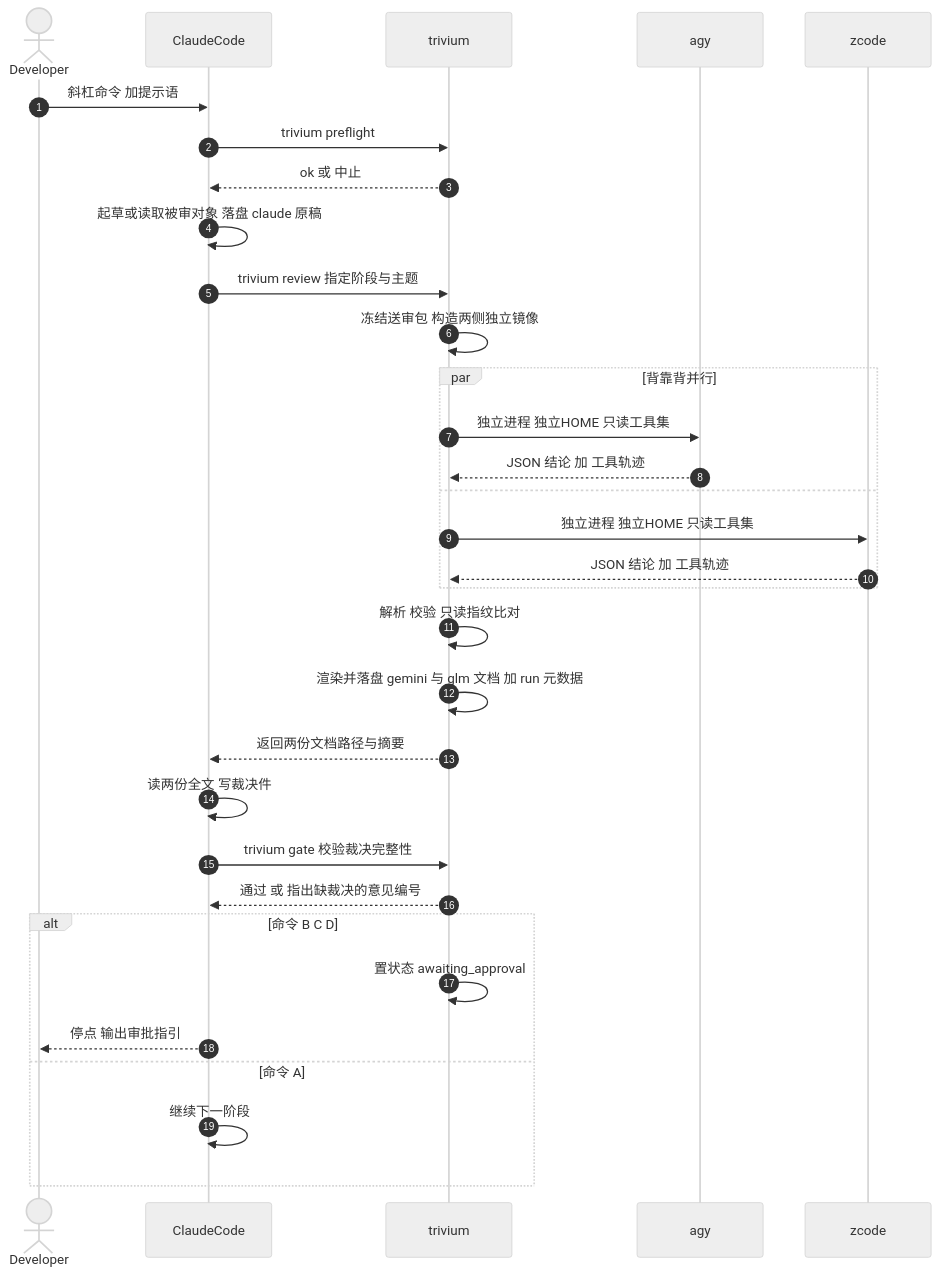
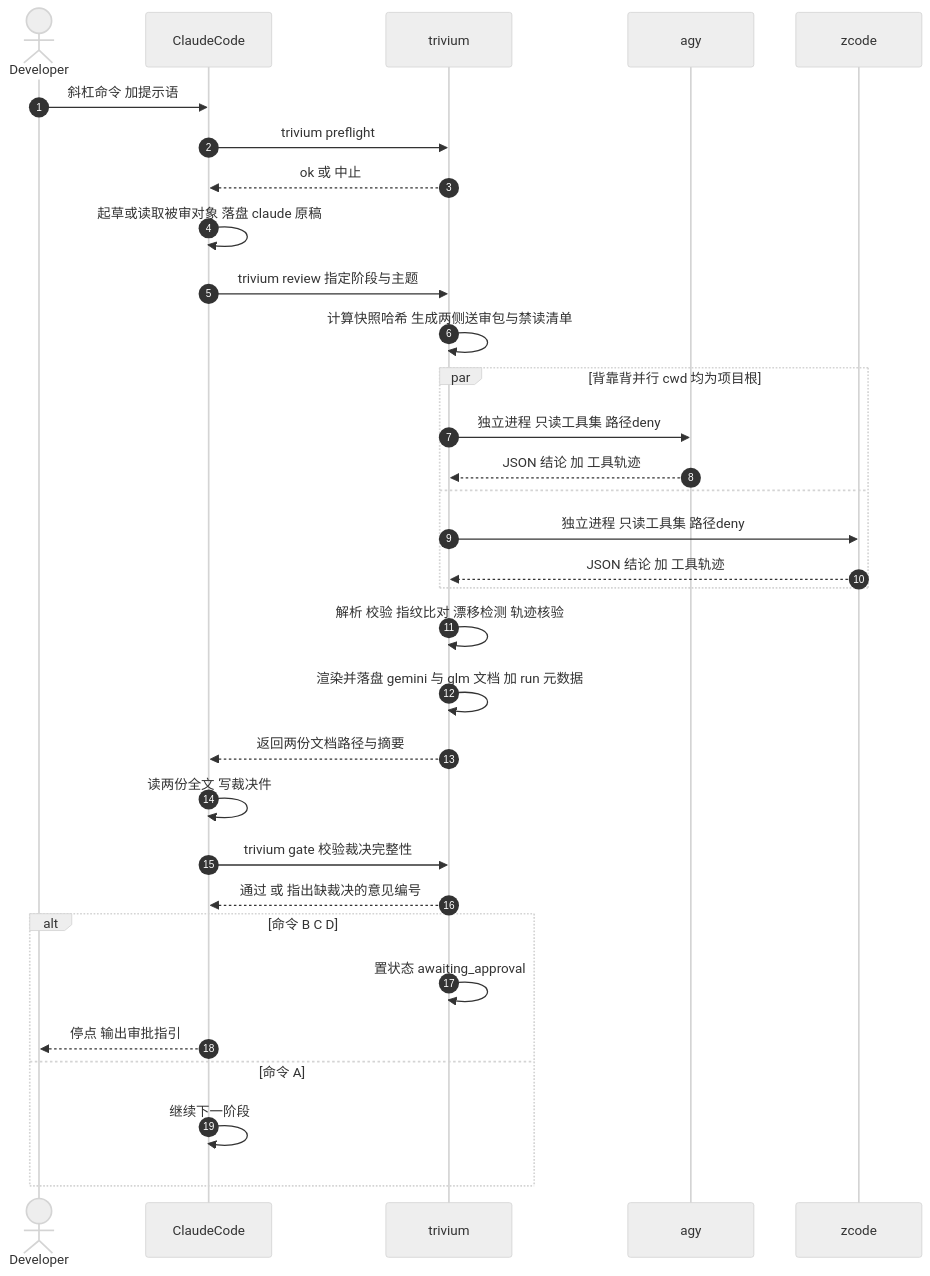
Before and after one commit to striver2006/TriviumCode: the second of 4 diagrams in doc/02_design/2026-09-10-Driver-DualCritic主攻双审流水线设计-claude.md, drawn with Mermaid (neutral theme). The commit also changed other lines of this file and 5 other files, not shown here.

````diff
--- a/doc/02_design/2026-09-10-Driver-DualCritic主攻双审流水线设计-claude.md
+++ b/doc/02_design/2026-09-10-Driver-DualCritic主攻双审流水线设计-claude.md
@@ -272,34 +278,34 @@
 ```mermaid
 sequenceDiagram
     autonumber
     actor Dev as Developer
     participant CC as ClaudeCode
     participant TV as trivium
     participant A as agy
     participant B as zcode
     Dev->>CC: 斜杠命令 加提示语
     CC->>TV: trivium preflight
     TV-->>CC: ok 或 中止
     CC->>CC: 起草或读取被审对象 落盘 claude 原稿
     CC->>TV: trivium review 指定阶段与主题
-    TV->>TV: 冻结送审包 构造两侧独立镜像
-    par 背靠背并行
-        TV->>A: 独立进程 独立HOME 只读工具集
+    TV->>TV: 计算快照哈希 生成两侧送审包与禁读清单
+    par 背靠背并行 cwd 均为项目根
+        TV->>A: 独立进程 只读工具集 路径deny
         A-->>TV: JSON 结论 加 工具轨迹
     and
-        TV->>B: 独立进程 独立HOME 只读工具集
+        TV->>B: 独立进程 只读工具集 路径deny
         B-->>TV: JSON 结论 加 工具轨迹
     end
-    TV->>TV: 解析 校验 只读指纹比对
+    TV->>TV: 解析 校验 指纹比对 漂移检测 轨迹核验
     TV->>TV: 渲染并落盘 gemini 与 glm 文档 加 run 元数据
     TV-->>CC: 返回两份文档路径与摘要
     CC->>CC: 读两份全文 写裁决件
     CC->>TV: trivium gate 校验裁决完整性
     TV-->>CC: 通过 或 指出缺裁决的意见编号
     alt 命令 B C D
         TV->>TV: 置状态 awaiting_approval
         CC-->>Dev: 停点 输出审批指引
     else 命令 A
         CC->>CC: 继续下一阶段
     end
 ```
````
